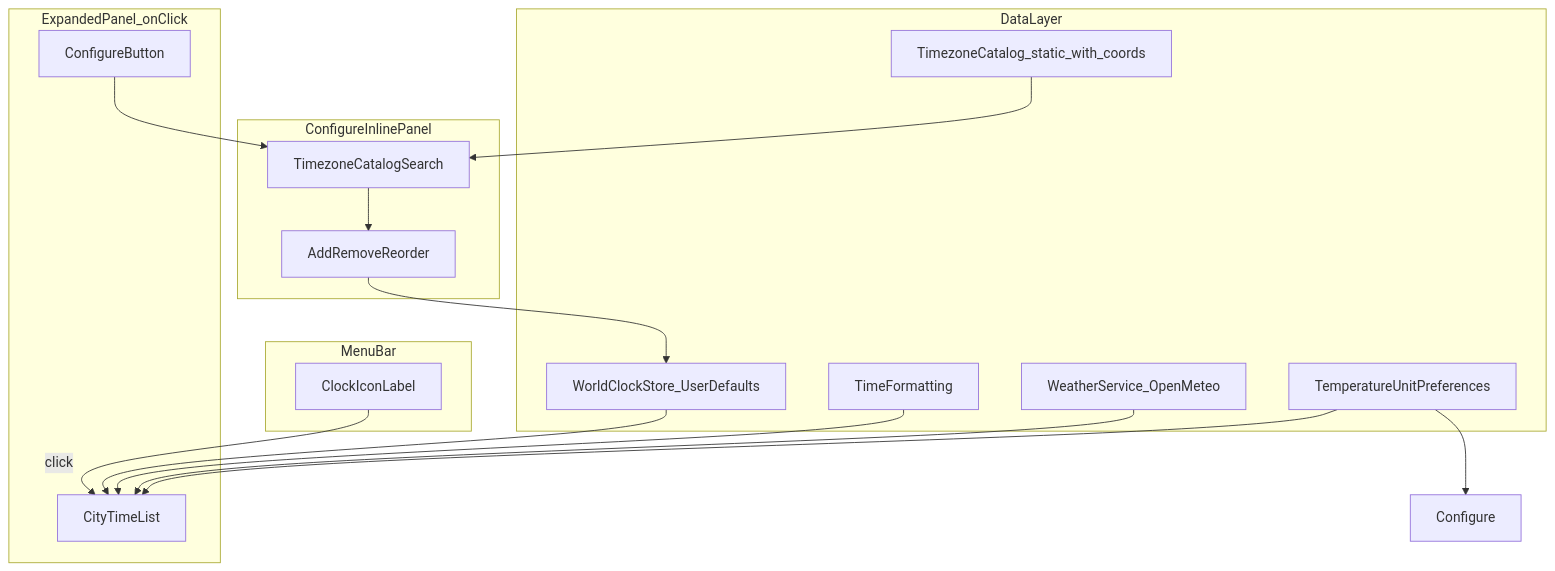
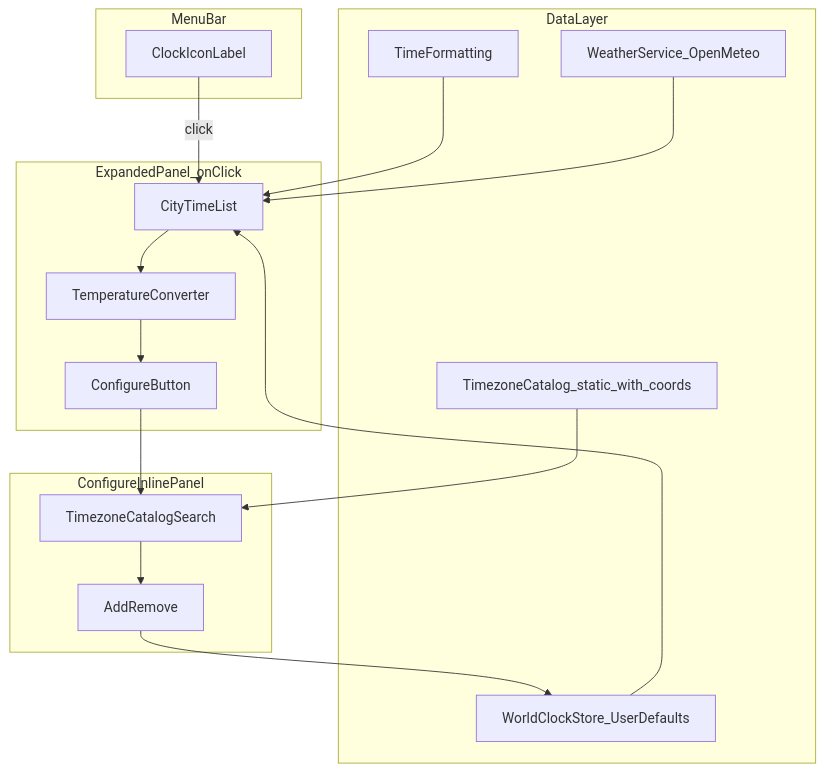
The diagram in .sdd/specs/mac-world-clock/plan.md (CK-McK/mac-world-clock), drawn with Mermaid before and after one commit. The commit also changed other lines of this file and 9 other files, not shown here.

First line of the commit message:
Show dual °C/°F on rows and add a main-panel temperature converter.

````diff
--- a/.sdd/specs/mac-world-clock/plan.md
+++ b/.sdd/specs/mac-world-clock/plan.md
@@ -49,35 +51,35 @@
 ```mermaid
 flowchart TB
     subgraph menubar [MenuBar]
         Icon[ClockIconLabel]
     end
 
     subgraph panel [ExpandedPanel_onClick]
         List[CityTimeList]
+        Converter[TemperatureConverter]
         ConfigureBtn[ConfigureButton]
     end
 
     subgraph config [ConfigureInlinePanel]
         Catalog[TimezoneCatalogSearch]
-        Picker[AddRemoveReorder]
+        Picker[AddRemove]
     end
 
     subgraph data [DataLayer]
         Store[WorldClockStore_UserDefaults]
         CatalogData[TimezoneCatalog_static_with_coords]
         Formatter[TimeFormatting]
         WeatherLayer[WeatherService_OpenMeteo]
-        TempPrefs[TemperatureUnitPreferences]
     end
 
     Icon -->|click| List
+    List --> Converter
+    Converter --> ConfigureBtn
     ConfigureBtn --> Catalog
     Catalog --> Picker
     Picker --> Store
     Store --> List
     CatalogData --> Catalog
     Formatter --> List
     WeatherLayer --> List
-    TempPrefs --> List
-    TempPrefs --> Configure
 ```
````
